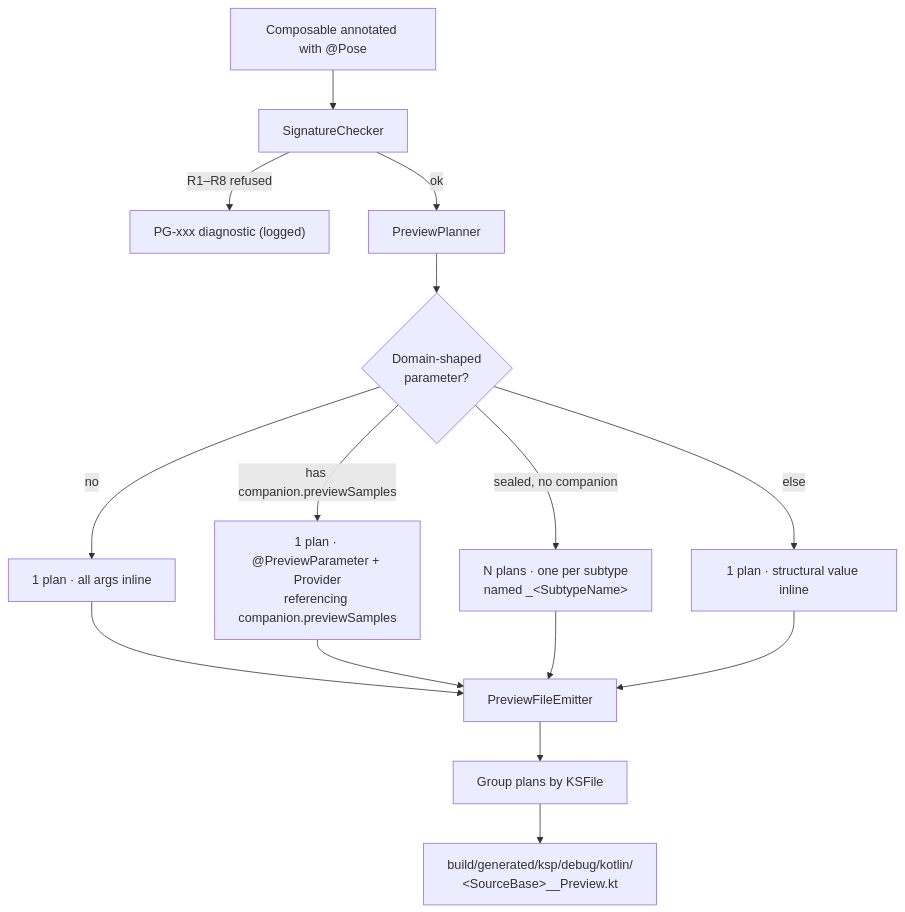
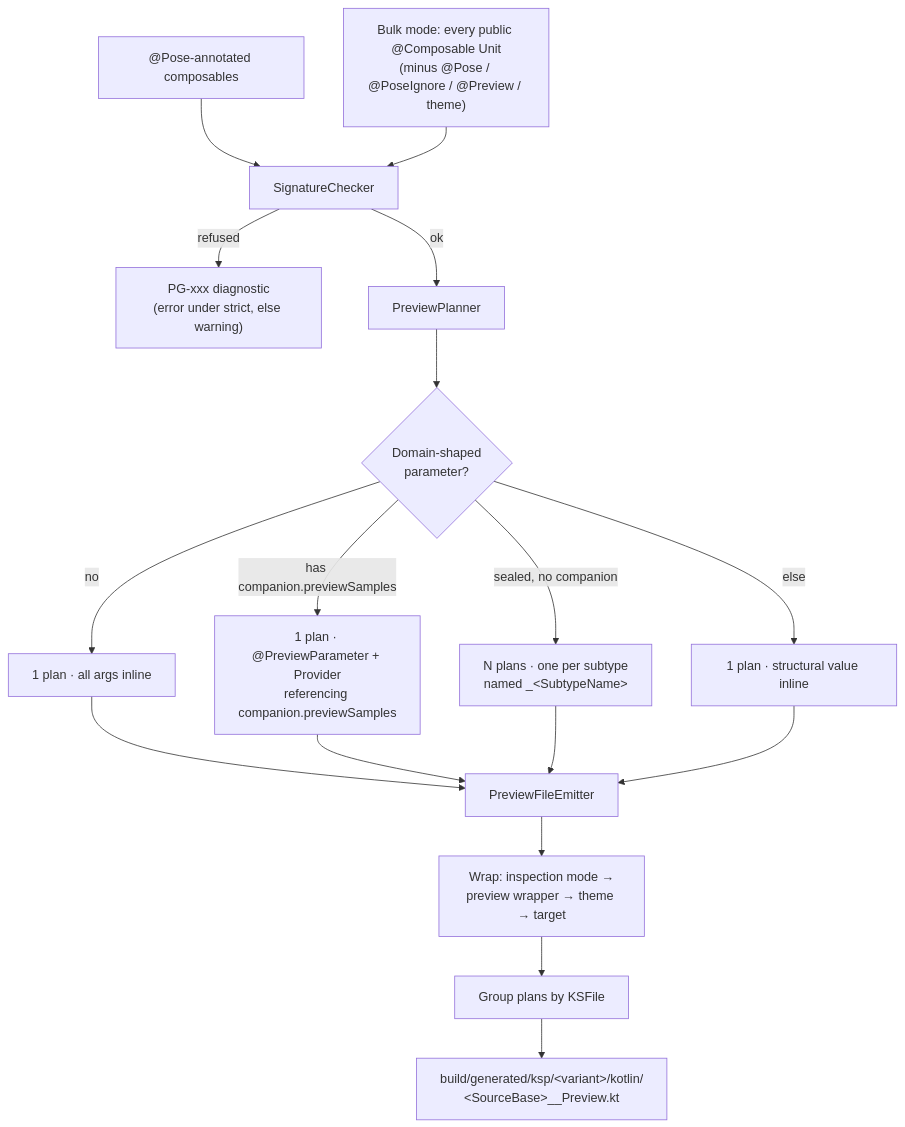
One commit to jordond/Pose changed the diagram in CONTRIBUTING.md. Above: the diagram before and after it, drawn with Mermaid. The commit also changed other lines of this file and 2 other files, not shown here.

````diff
--- a/CONTRIBUTING.md
+++ b/CONTRIBUTING.md
@@ -28,20 +40,23 @@
 ```mermaid
 flowchart TD
-    Start["Composable annotated with @Pose"] --> Check[SignatureChecker]
-    Check -->|"R1–R8 refused"| Err["PG-xxx diagnostic (logged)"]
+    Explicit["@Pose-annotated composables"] --> Check[SignatureChecker]
+    Bulk["Bulk mode: every public @Composable Unit<br/>(minus @Pose / @PoseIgnore / @Preview / theme)"] --> Check
+
+    Check -->|refused| Err["PG-xxx diagnostic<br/>(error under strict, else warning)"]
     Check -->|ok| Plan[PreviewPlanner]
 
     Plan --> Route{Domain-shaped<br/>parameter?}
     Route -->|no| Simple["1 plan · all args inline"]
     Route -->|"has companion.previewSamples"| Companion["1 plan · @PreviewParameter + Provider<br/>referencing companion.previewSamples"]
     Route -->|"sealed, no companion"| Fanout["N plans · one per subtype<br/>named _&lt;SubtypeName&gt;"]
     Route -->|else| Structural["1 plan · structural value inline"]
 
     Simple --> Emit[PreviewFileEmitter]
     Companion --> Emit
     Fanout --> Emit
     Structural --> Emit
 
-    Emit --> Group["Group plans by KSFile"]
-    Group --> Out["build/generated/ksp/debug/kotlin/<br/>&lt;SourceBase&gt;__Preview.kt"]
+    Emit --> Wrap["Wrap: inspection mode →<br/>preview wrapper → theme → target"]
+    Wrap --> Group["Group plans by KSFile"]
+    Group --> Out["build/generated/ksp/&lt;variant&gt;/kotlin/<br/>&lt;SourceBase&gt;__Preview.kt"]
 ```
````
